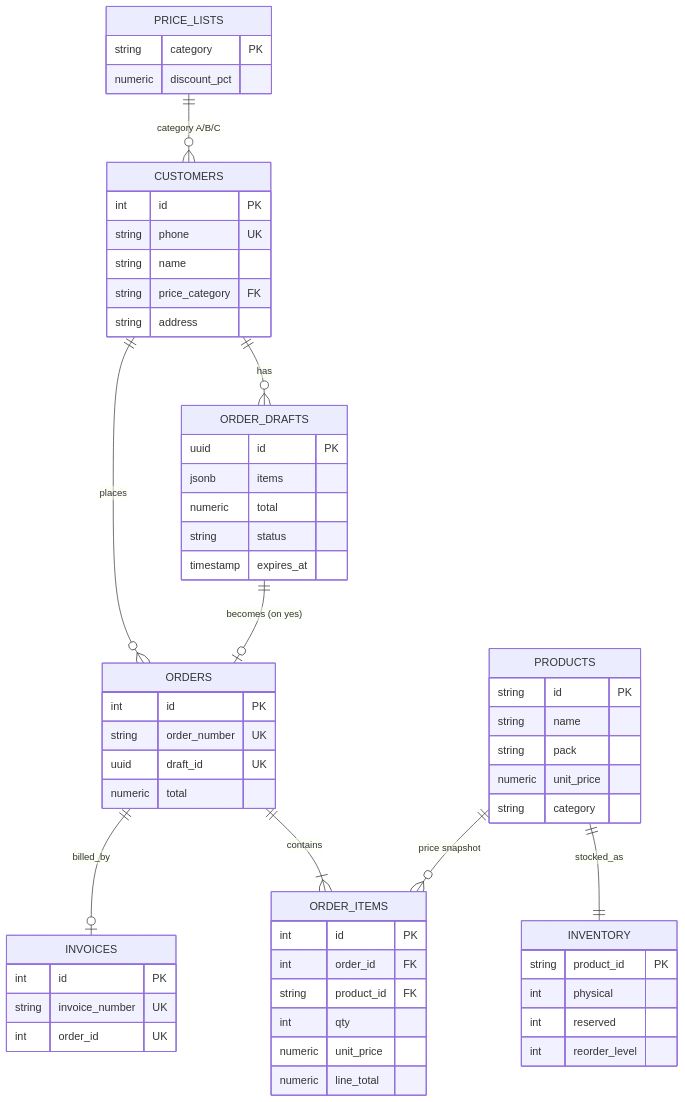
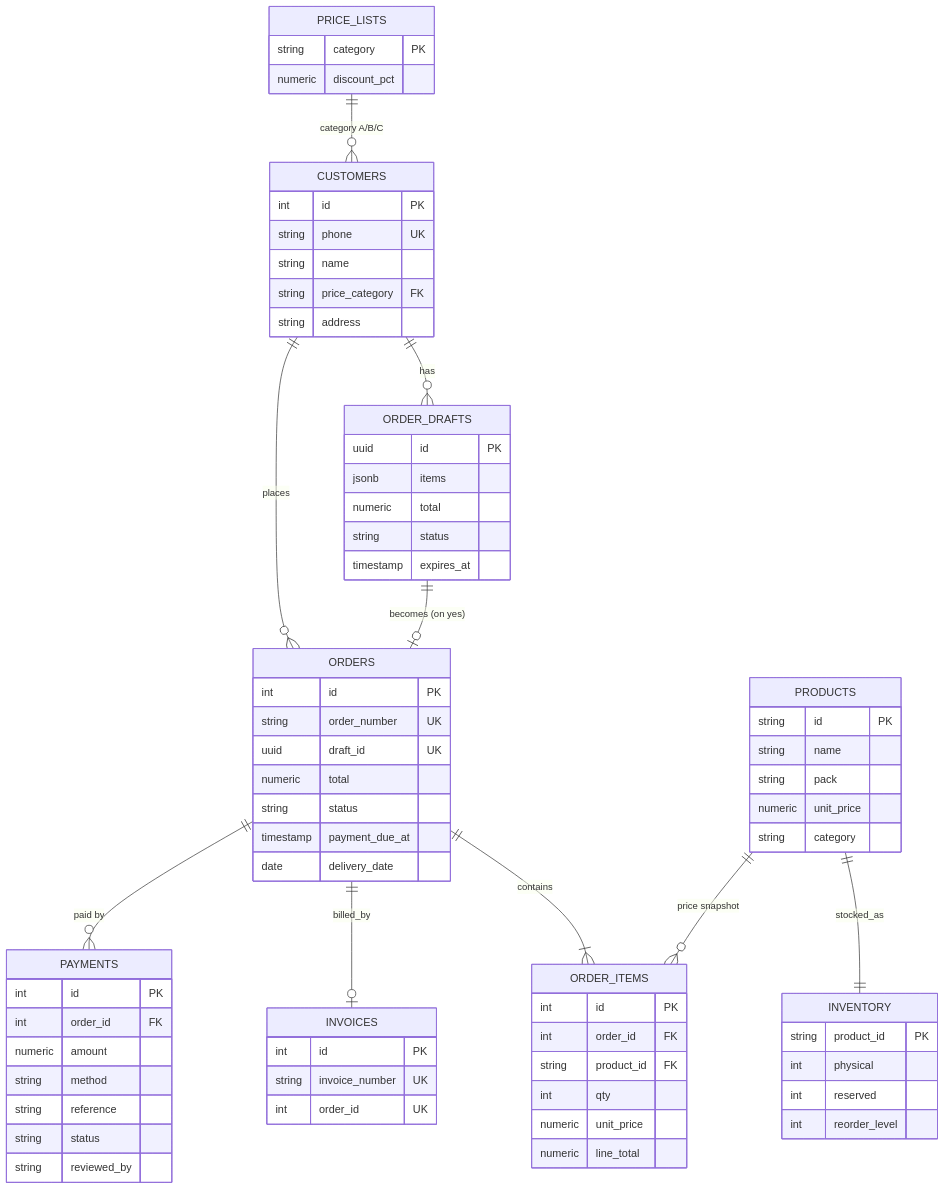
One commit to Nazir-Ahmed72/bizflow-ai changed the tenth of 11 diagrams in README.md. Above: the diagram before and after it, drawn with Mermaid. The commit also changed other lines of this file and 18 other files, not shown here.

Commit message:
Payments: online advance payment with accountant verification, 24h deadline, supplier invoices

````diff
--- a/README.md
+++ b/README.md
@@ -260,62 +339,75 @@
 ```mermaid
 erDiagram
     PRICE_LISTS ||--o{ CUSTOMERS : "category A/B/C"
     CUSTOMERS ||--o{ ORDER_DRAFTS : has
     CUSTOMERS ||--o{ ORDERS : places
     ORDER_DRAFTS ||--o| ORDERS : "becomes (on yes)"
     ORDERS ||--|{ ORDER_ITEMS : contains
     ORDERS ||--o| INVOICES : billed_by
+    ORDERS ||--o{ PAYMENTS : "paid by"
     PRODUCTS ||--|| INVENTORY : stocked_as
     PRODUCTS ||--o{ ORDER_ITEMS : "price snapshot"
 
     PRICE_LISTS {
         string category PK
         numeric discount_pct
     }
     CUSTOMERS {
         int id PK
         string phone UK
         string name
         string price_category FK
         string address
     }
     PRODUCTS {
         string id PK
         string name
         string pack
         numeric unit_price
         string category
     }
     INVENTORY {
         string product_id PK
         int physical
         int reserved
         int reorder_level
     }
     ORDER_DRAFTS {
         uuid id PK
         jsonb items
         numeric total
         string status
         timestamp expires_at
     }
     ORDERS {
         int id PK
         string order_number UK
         uuid draft_id UK
         numeric total
+        string status
+        timestamp payment_due_at
+        date delivery_date
+    }
+    PAYMENTS {
+        int id PK
+        int order_id FK
+        numeric amount
+        string method
+        string reference
+        string status
+        string reviewed_by
     }
     ORDER_ITEMS {
         int id PK
         int order_id FK
         string product_id FK
         int qty
         numeric unit_price
         numeric line_total
     }
     INVOICES {
         int id PK
         string invoice_number UK
         int order_id UK
     }
 ```
````
